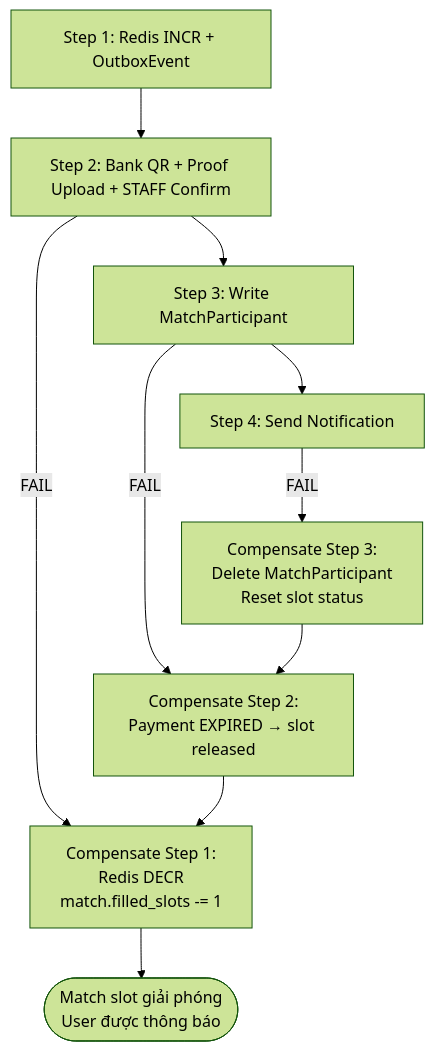
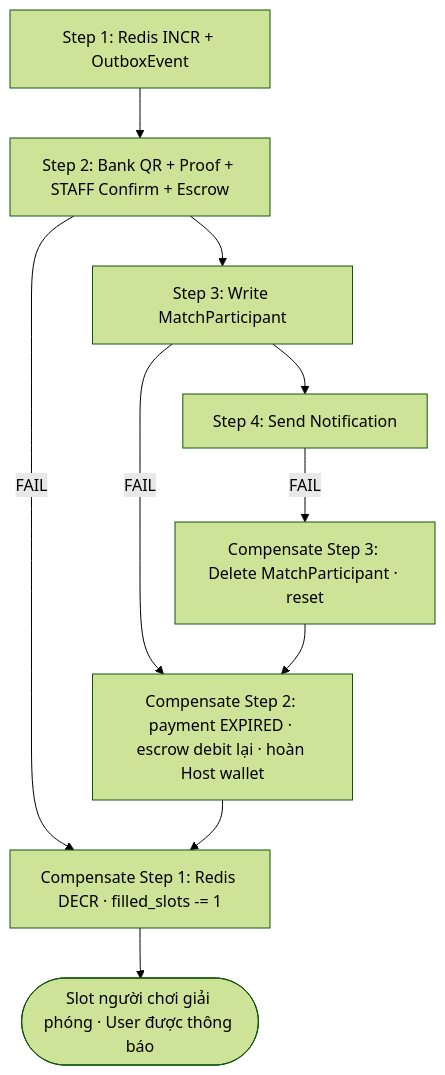
One commit to phucgigital03/BadmintonHub changed the second of 4 diagrams in UC_Matchmaking.md. Above: the diagram before and after it, drawn with Mermaid (forest theme). The commit also changed other lines of this file and 7 other files, not shown here.

````diff
--- a/UC_Matchmaking.md
+++ b/UC_Matchmaking.md
@@ -425,14 +363,14 @@
 ```mermaid
 flowchart TD
     S1[Step 1: Redis INCR + OutboxEvent] --> S2
-    S2[Step 2: Bank QR + Proof Upload + STAFF Confirm] --> S3
+    S2[Step 2: Bank QR + Proof + STAFF Confirm + Escrow] --> S3
     S3[Step 3: Write MatchParticipant] --> S4
     S4[Step 4: Send Notification]
 
-    S2 -->|FAIL| C1[Compensate Step 1:\nRedis DECR\nmatch.filled_slots -= 1]
-    S3 -->|FAIL| C2[Compensate Step 2:\nPayment EXPIRED → slot released]
+    S2 -->|FAIL| C1[Compensate Step 1: Redis DECR · filled_slots -= 1]
+    S3 -->|FAIL| C2[Compensate Step 2: payment EXPIRED · escrow debit lại · hoàn Host wallet]
     C2 --> C1
-    S4 -->|FAIL| C3[Compensate Step 3:\nDelete MatchParticipant\nReset slot status]
+    S4 -->|FAIL| C3[Compensate Step 3: Delete MatchParticipant · reset]
     C3 --> C2
-    C1 --> END([Match slot giải phóng\nUser được thông báo])
+    C1 --> ENDX([Slot người chơi giải phóng · User được thông báo])
 ```
````
